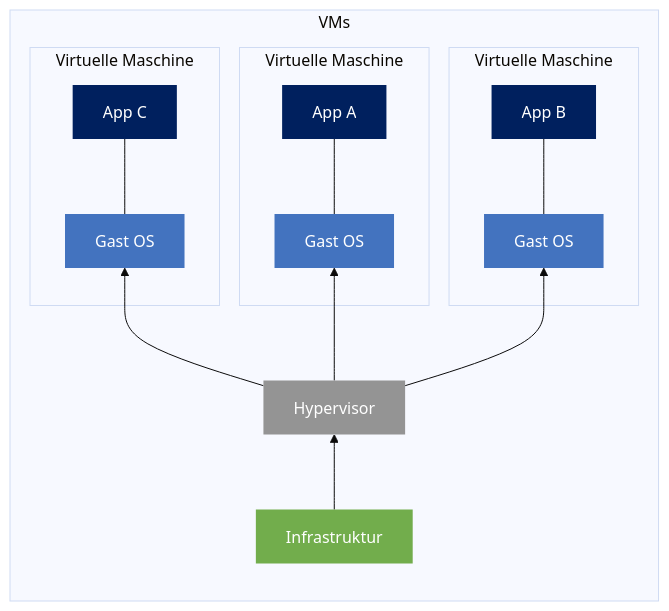
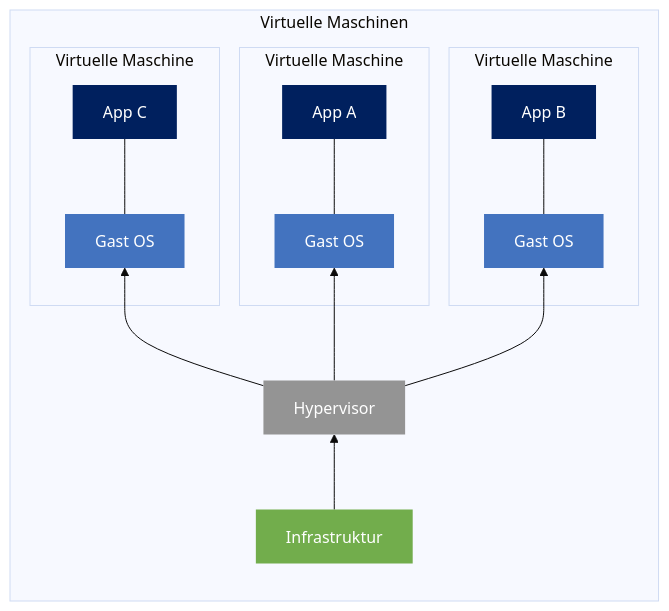
Before and after one commit to KWR-Informatik-AG/learn: the first of 2 diagrams in docs/de/container/index.md, drawn with Mermaid (base theme). The commit also changed other lines of this file and 6 other files, not shown here.

````diff
--- a/docs/de/container/index.md
+++ b/docs/de/container/index.md
@@ -7,47 +5,47 @@
 ```mermaid
 flowchart BT
 
     %% Nodes and Contents
-    subgraph "VMs"
+    subgraph "Virtuelle Maschinen"
     direction BT
-        A[Infrastruktur]
-        B[Hypervisor]
+        A["Infrastruktur"]
+        B["Hypervisor"]
 
         subgraph "Virtuelle Maschine"
-            CA[Gast OS]
-            DA[App A]
+            CA["Gast OS"]
+            DA["App A"]
         end
         subgraph "Virtuelle Maschine"
-            CB[Gast OS]
-            DB[App B]
+            CB["Gast OS"]
+            DB["App B"]
         end
         subgraph "Virtuelle Maschine"
-            CC[Gast OS]
-            DC[App C]
+            CC["Gast OS"]
+            DC["App C"]
         end
     end
     
 
     %% Connections
     A --> B
     B --> CA --- DA
     B --> CB --- DB
     B --> CC --- DC
 
     
 
     %% Styles
 
     style A fill:#72ad4c,color:#fff,stroke:none
 
     style B fill:#949494,color:#fff,stroke:none
     
     style CA fill:#4373bf,color:#fff,stroke:none
     style CB fill:#4373bf,color:#fff,stroke:none
     style CC fill:#4373bf,color:#fff,stroke:none
     
     style DA fill:#00205e,color:#fff,stroke:none
     style DB fill:#00205e,color:#fff,stroke:none
     style DC fill:#00205e,color:#fff,stroke:none
 
 ```
````
